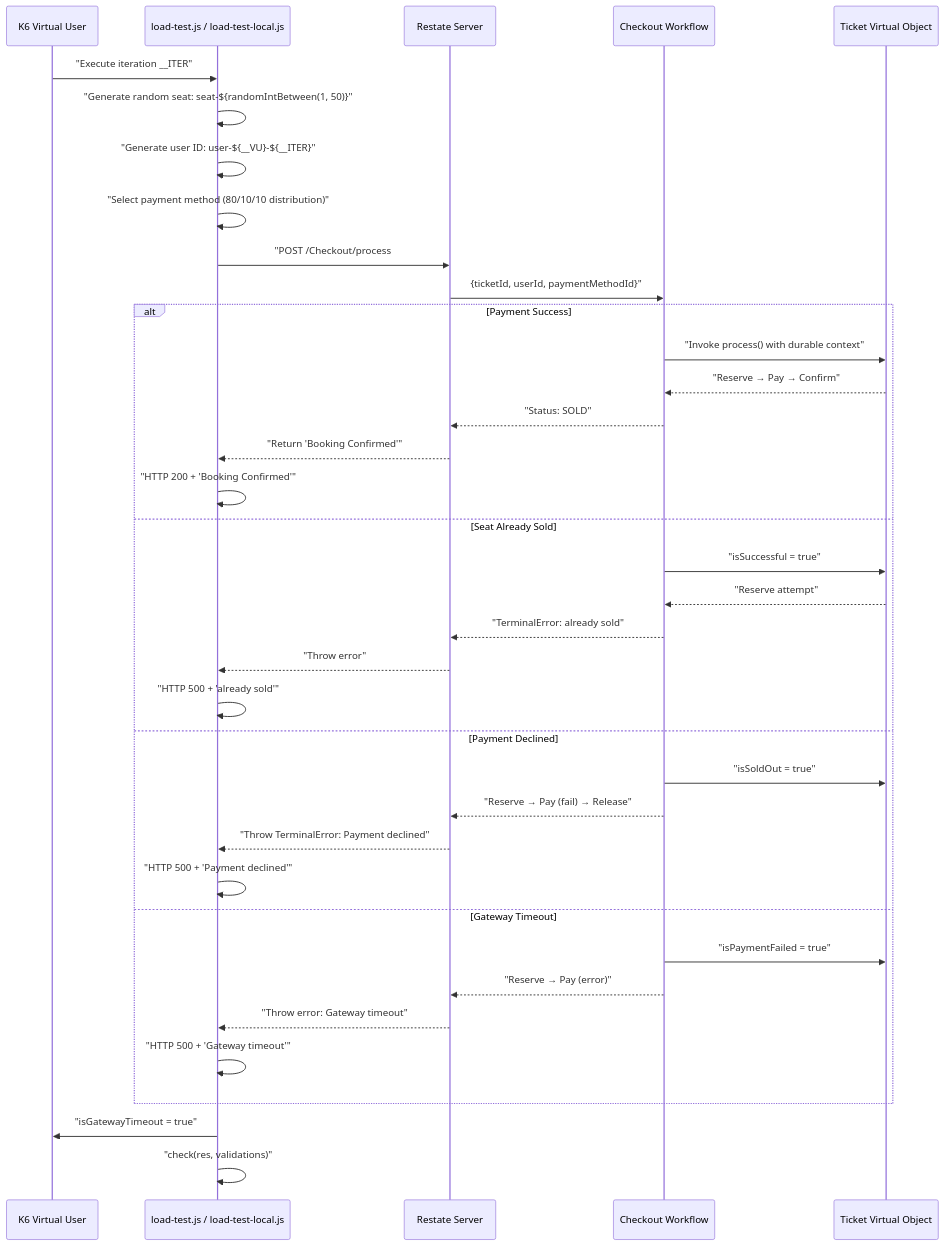
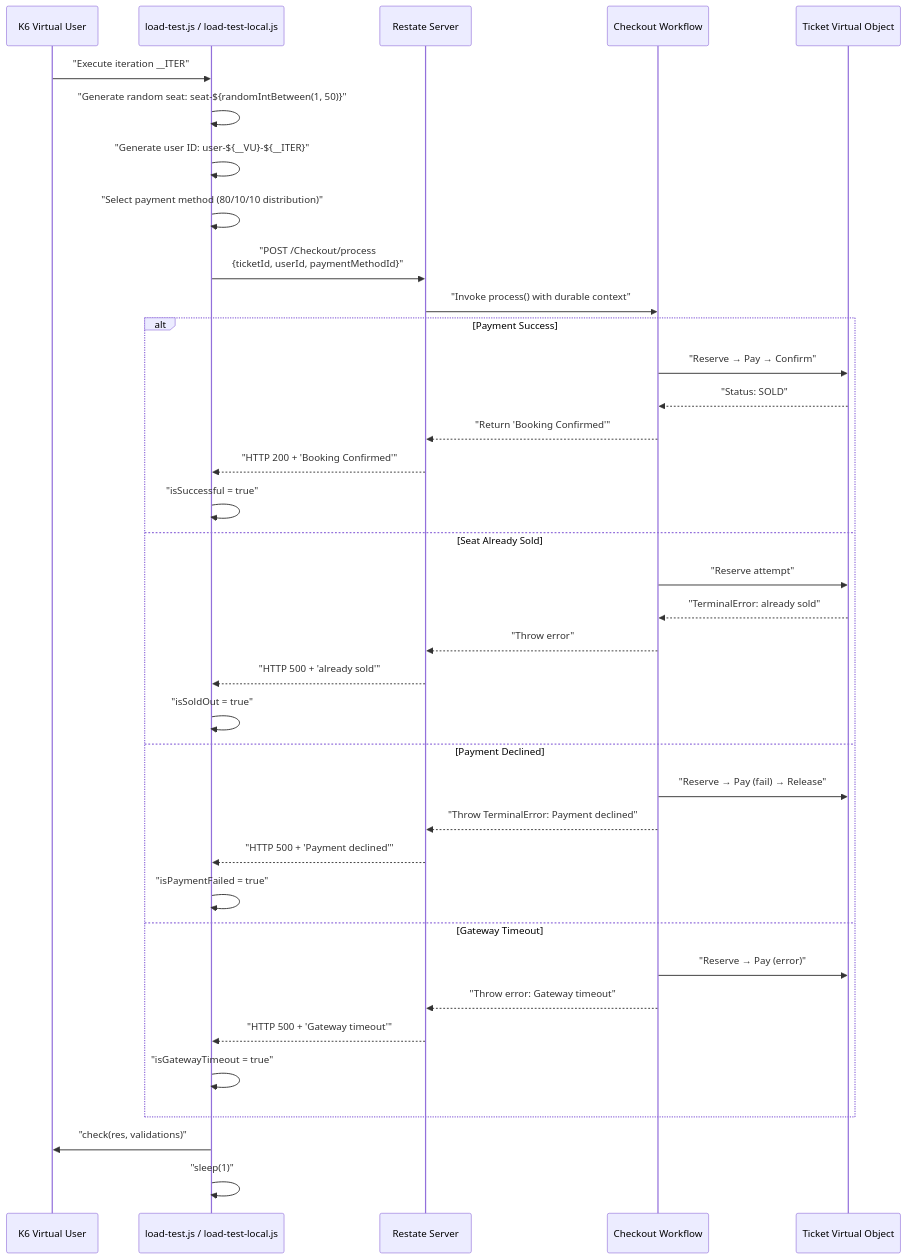
Before and after one commit to philipz/restate-cloudflare-workers-poc: the third of 3 diagrams in docs/deepwiki/Load-Testing.md, drawn with Mermaid. The commit also changed 18 other files, not shown here.

Commit message:
refactor: standardize mermaid diagram participant syntax across documentation files

````diff
--- a/docs/deepwiki/Load-Testing.md
+++ b/docs/deepwiki/Load-Testing.md
@@ -334,40 +334,40 @@
 ```mermaid
 sequenceDiagram
-  participant K6 Virtual User
-  participant load-test.js / load-test-local.js
-  participant Restate Server
-  participant Checkout Workflow
-  participant Ticket Virtual Object
+  participant p1 as K6 Virtual User
+  participant p2 as load-test.js / load-test-local.js
+  participant p3 as Restate Server
+  participant p4 as Checkout Workflow
+  participant p5 as Ticket Virtual Object
 
-  K6 Virtual User->>load-test.js / load-test-local.js: "Execute iteration __ITER"
-  load-test.js / load-test-local.js->>load-test.js / load-test-local.js: "Generate random seat: seat-${randomIntBetween(1, 50)}"
-  load-test.js / load-test-local.js->>load-test.js / load-test-local.js: "Generate user ID: user-${__VU}-${__ITER}"
-  load-test.js / load-test-local.js->>load-test.js / load-test-local.js: "Select payment method (80/10/10 distribution)"
-  load-test.js / load-test-local.js->>Restate Server: "POST /Checkout/process
-  Restate Server->>Checkout Workflow: {ticketId, userId, paymentMethodId}"
+  p1->>p2: "Execute iteration __ITER"
+  p2->>p2: "Generate random seat: seat-${randomIntBetween(1, 50)}"
+  p2->>p2: "Generate user ID: user-${__VU}-${__ITER}"
+  p2->>p2: "Select payment method (80/10/10 distribution)"
+  p2->>p3: "POST /Checkout/process<br/>{ticketId, userId, paymentMethodId}"
+  p3->>p4: "Invoke process() with durable context"
   alt Payment Success
-    Checkout Workflow->>Ticket Virtual Object: "Invoke process() with durable context"
-    Ticket Virtual Object-->>Checkout Workflow: "Reserve → Pay → Confirm"
-    Checkout Workflow-->>Restate Server: "Status: SOLD"
-    Restate Server-->>load-test.js / load-test-local.js: "Return 'Booking Confirmed'"
-    load-test.js / load-test-local.js->>load-test.js / load-test-local.js: "HTTP 200 + 'Booking Confirmed'"
+    p4->>p5: "Reserve → Pay → Confirm"
+    p5-->>p4: "Status: SOLD"
+    p4-->>p3: "Return 'Booking Confirmed'"
+    p3-->>p2: "HTTP 200 + 'Booking Confirmed'"
+    p2->>p2: "isSuccessful = true"
   else Seat Already Sold
-    Checkout Workflow->>Ticket Virtual Object: "isSuccessful = true"
-    Ticket Virtual Object-->>Checkout Workflow: "Reserve attempt"
-    Checkout Workflow-->>Restate Server: "TerminalError: already sold"
-    Restate Server-->>load-test.js / load-test-local.js: "Throw error"
-    load-test.js / load-test-local.js->>load-test.js / load-test-local.js: "HTTP 500 + 'already sold'"
+    p4->>p5: "Reserve attempt"
+    p5-->>p4: "TerminalError: already sold"
+    p4-->>p3: "Throw error"
+    p3-->>p2: "HTTP 500 + 'already sold'"
+    p2->>p2: "isSoldOut = true"
   else Payment Declined
-    Checkout Workflow->>Ticket Virtual Object: "isSoldOut = true"
-    Checkout Workflow-->>Restate Server: "Reserve → Pay (fail) → Release"
-    Restate Server-->>load-test.js / load-test-local.js: "Throw TerminalError: Payment declined"
-    load-test.js / load-test-local.js->>load-test.js / load-test-local.js: "HTTP 500 + 'Payment declined'"
+    p4->>p5: "Reserve → Pay (fail) → Release"
+    p4-->>p3: "Throw TerminalError: Payment declined"
+    p3-->>p2: "HTTP 500 + 'Payment declined'"
+    p2->>p2: "isPaymentFailed = true"
   else Gateway Timeout
-    Checkout Workflow->>Ticket Virtual Object: "isPaymentFailed = true"
-    Checkout Workflow-->>Restate Server: "Reserve → Pay (error)"
-    Restate Server-->>load-test.js / load-test-local.js: "Throw error: Gateway timeout"
-    load-test.js / load-test-local.js->>load-test.js / load-test-local.js: "HTTP 500 + 'Gateway timeout'"
+    p4->>p5: "Reserve → Pay (error)"
+    p4-->>p3: "Throw error: Gateway timeout"
+    p3-->>p2: "HTTP 500 + 'Gateway timeout'"
+    p2->>p2: "isGatewayTimeout = true"
   end
-  load-test.js / load-test-local.js->>K6 Virtual User: "isGatewayTimeout = true"
-  load-test.js / load-test-local.js->>load-test.js / load-test-local.js: "check(res, validations)"
+  p2->>p1: "check(res, validations)"
+  p2->>p2: "sleep(1)"
 ```
````
